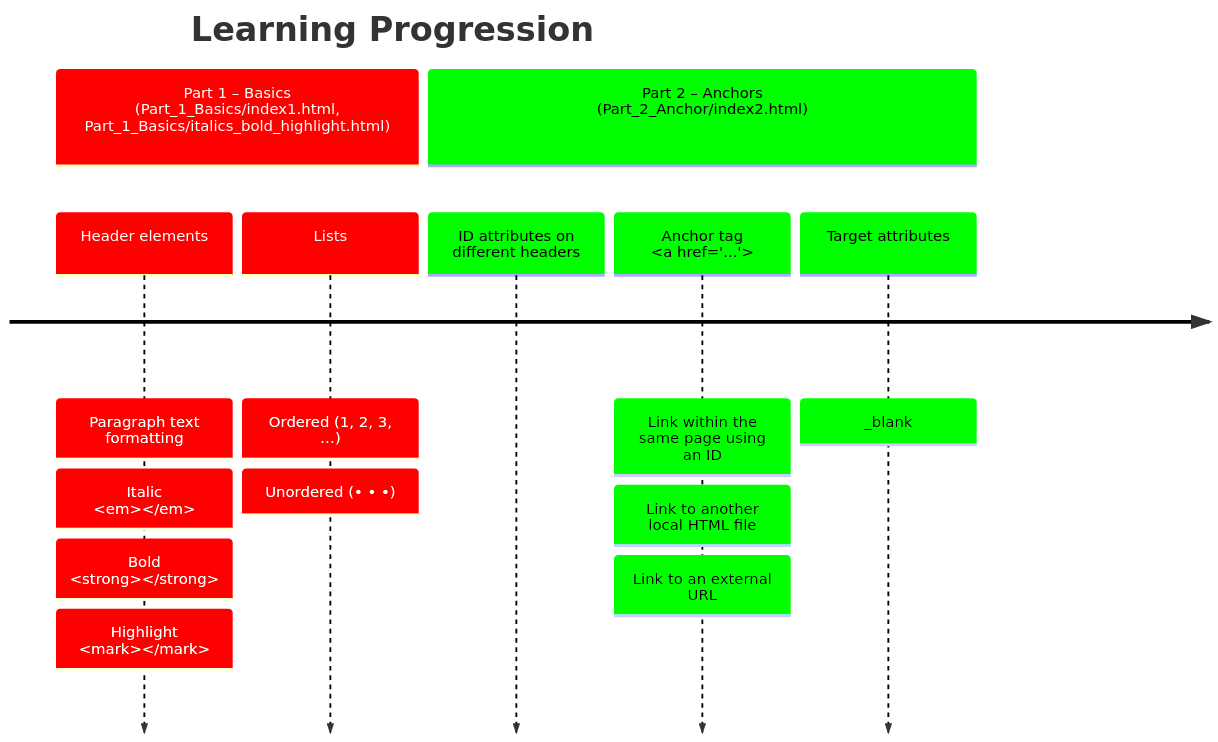
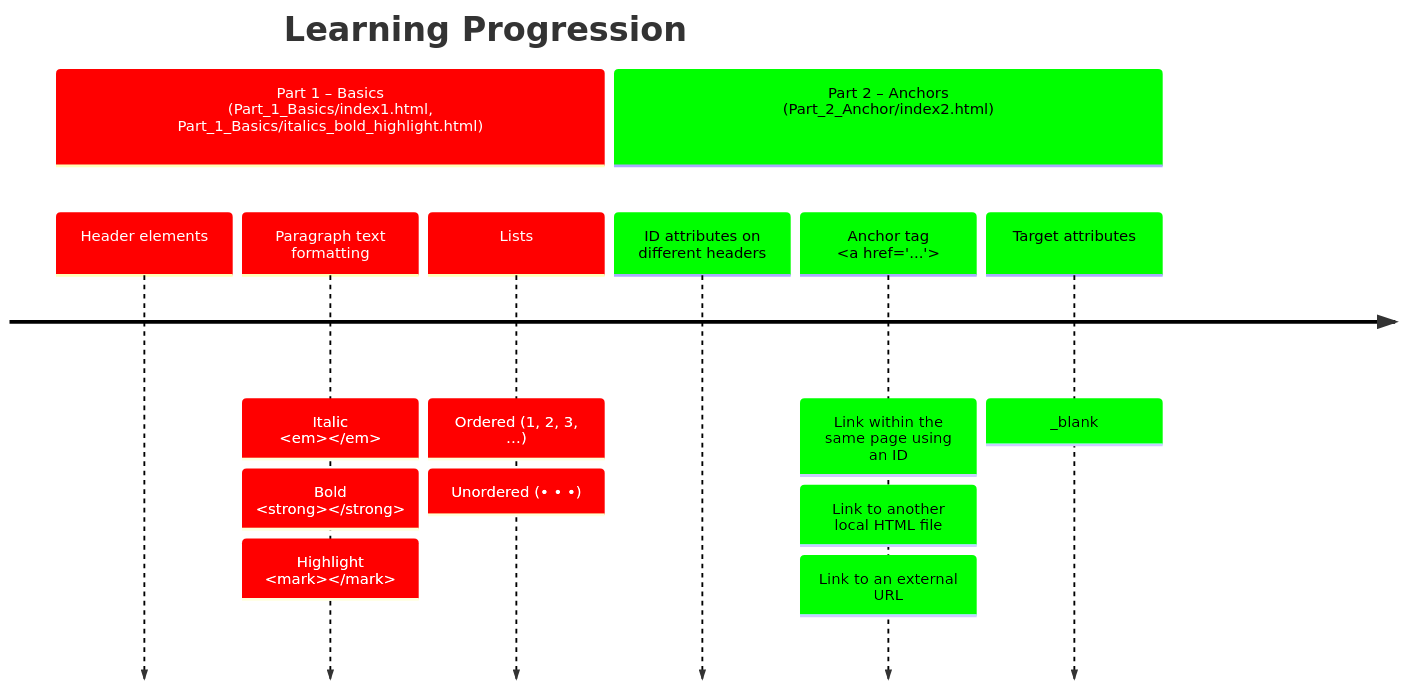
Before and after one commit to Lzozoflo/HTML_CSS_openclassroom: the diagram in README.md, drawn with Mermaid. The commit also changed 3 other files, not shown here.

````diff
--- a/README.md
+++ b/README.md
@@ -53,27 +53,27 @@
 ```mermaid
 ---
 config:
   logLevel: debug
   theme: default
   themeVariables:
     cScale0: "#ff0000"
     cScaleLabel0: "#ffffff"
     cScale1: "#00ff00"
     cScale2: "#0000ff"
     cScaleLabel2: "#ffffff"
 ---
 timeline
     title Learning Progression
 
     section Part 1 – Basics<br>(Part_1_Basics/index1.html,<br>Part_1_Basics/italics_bold_highlight.html)
-    Header elements:
+    Header elements
     Paragraph text formatting:
         Italic<br><em></em>: Bold<br><strong></strong>: Highlight<br><mark></mark>
     Lists:
         Ordered (1, 2, 3, …): Unordered (• • •)
 
     section Part 2 – Anchors<br>(Part_2_Anchor/index2.html)
         ID attributes on different headers
         Anchor tag<br><a href="...">: Link within the same page using an ID: Link to another local HTML file: Link to an external URL
         Target attributes: _blank
 ```
````
